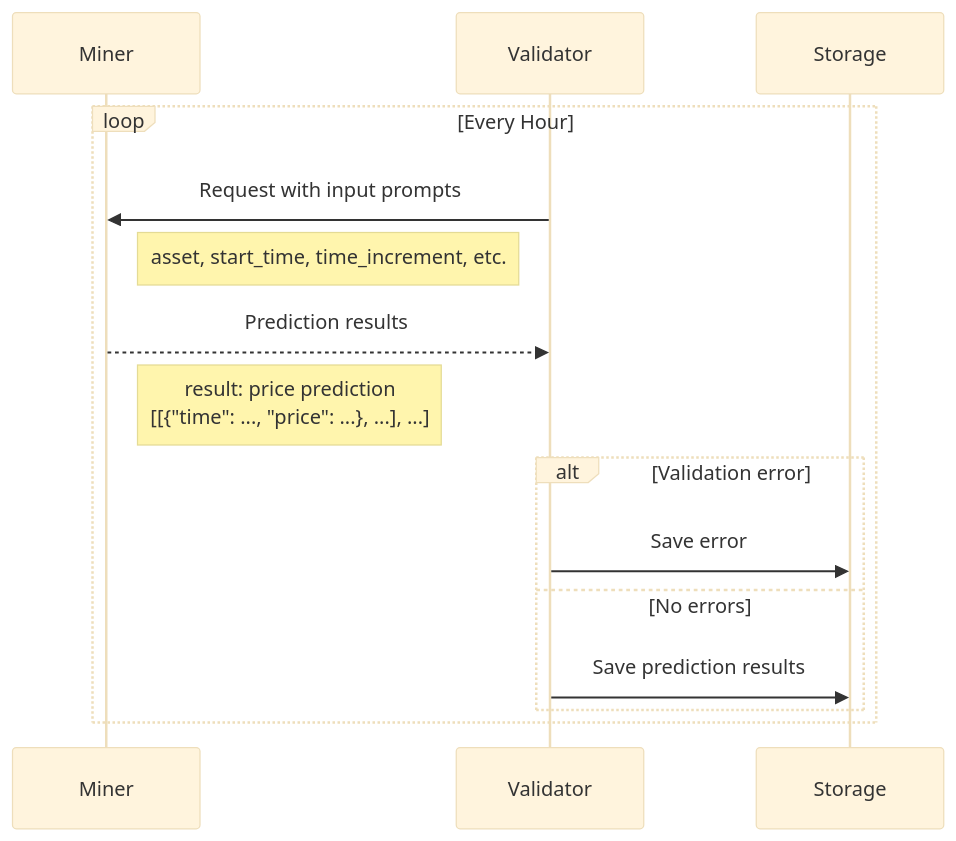
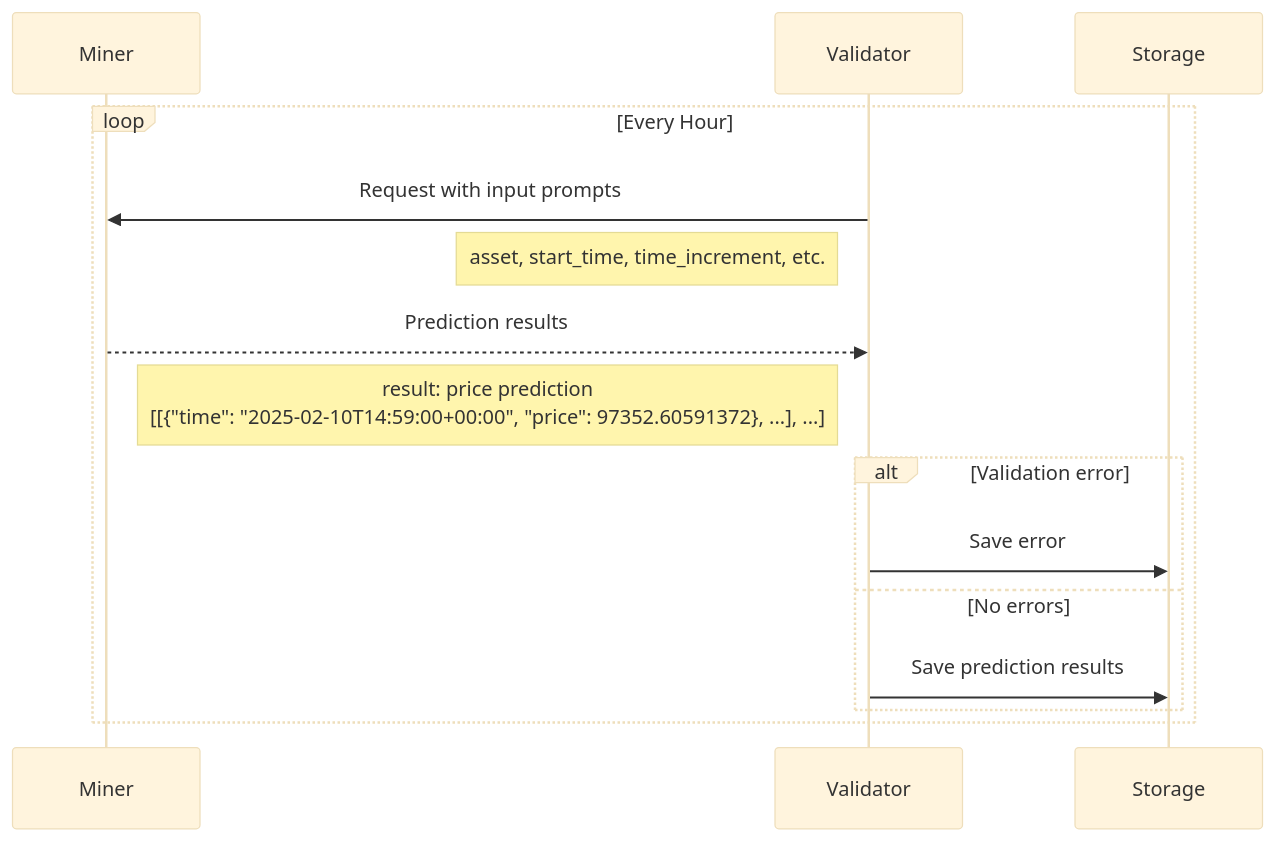
The diagram in README.md (mode-network/synth-subnet), drawn with Mermaid (base theme) before and after one commit.

Commit message:
updated comment

````diff
--- a/README.md
+++ b/README.md
@@ -77,20 +77,20 @@
 ```mermaid
 sequenceDiagram
     participant Miner
     participant Validator
     participant Storage
 
     loop Every Hour
         Validator->>Miner: Request with input prompts
         note left of Validator: asset, start_time, time_increment, etc.
         
         Miner-->>Validator: Prediction results
-        note right of Miner: result: price prediction <br/> [[{"time": ..., "price": ...}, ...], ...]
+        note right of Miner: result: price prediction <br/> [[{"time": "2025-02-10T14:59:00+00:00", "price": 97352.60591372}, ...], ...]
 
         alt Validation error
             Validator->>Storage: Save error
         else No errors
             Validator->>Storage: Save prediction results
         end
     end
 ```
````
